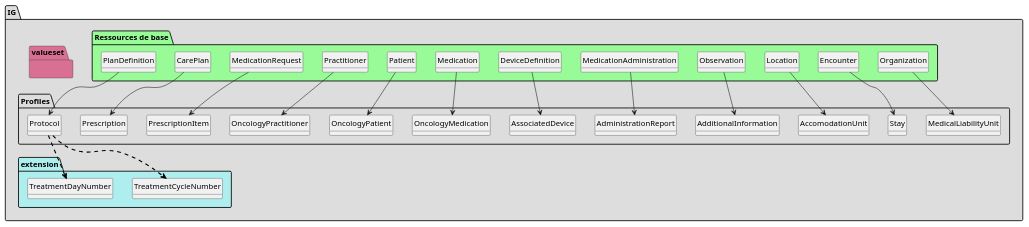
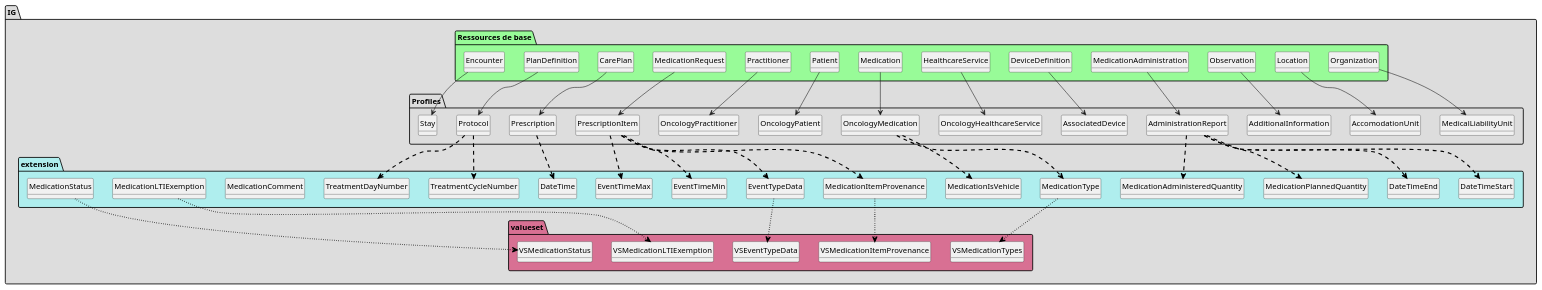
One commit to ONCOFAIR/FHIR-ImplementationGuide-Article changed the diagram in main/plantuml/graph.puml. Above: the diagram before and after it, drawn with PlantUML. The commit also changed 1027 other files, not shown here.

Commit message:
update profile and add extensions for medication item provenance and events b56dcce53f54dbd3e89fcd2aff1dadf3ca8fd7f1

```diff
--- a/main/plantuml/graph.puml
+++ b/main/plantuml/graph.puml
@@ -10,16 +10,6 @@
         class MedicalLiabilityUnit{
 
              Organization.name => [1..None]
-        } 
-
-        class Stay{
-
-             Encounter.identifier => [1..None]
-             Encounter.identifier.value => [1..None]
-             Encounter.status => [None..None]
-             Encounter.subject => [1..None]
-             Encounter.location => [1..None]
-             Encounter.location.location => [None..None]
         } 
 
         class AccomodationUnit{
@@ -41,13 +31,20 @@
 
         class AdministrationReport{
 
+             MedicationAdministration.extension => [1..None]
+             MedicationAdministration.extension:dateTimePlannedStart => <&plus>[1..1]
+             MedicationAdministration.extension:dateTimePlannedEnd => <&plus>[0..1]
+             MedicationAdministration.extension:medicationPlannedQuantity => <&plus>[0..1]
+             MedicationAdministration.extension:medicationAdministeredQuantity => <&plus>[0..1]
              MedicationAdministration.identifier.value => [None..None]
              MedicationAdministration.basedOn => [1..1]
              MedicationAdministration.medication => [None..None]
              MedicationAdministration.subject => [None..None]
              MedicationAdministration.encounter => [1..None]
              MedicationAdministration.occurence[x] => [None..None]
-             MedicationAdministration.occurence[x]:occurencePeriod => [1..1]
+             MedicationAdministration.occurence[x]:occurencePeriod => [0..1]
+             MedicationAdministration.occurence[x]:occurencePeriod.start => [1..None]
+             MedicationAdministration.occurence[x]:occurencePeriod.end => [None..None]
              MedicationAdministration.performer => [1..None]
              MedicationAdministration.performer.actor => [None..None]
              MedicationAdministration.request => [1..None]
@@ -63,8 +60,16 @@
              DeviceDefinition.deviceName => [1..1]
         } 
 
+        class OncologyHealthcareService{
+
+             HealthcareService.name => [1..None]
+        } 
+
         class OncologyMedication{
 
+             Medication.extension => [None..None]
+             Medication.extension:medicationType => <&plus>[0..1]
+             Medication.extension:medicationIsVehicle => <&plus>[0..1]
              Medication.identifier => [1..None]
              Medication.identifier.value => [1..None]
              Medication.code => [1..None]
@@ -95,6 +100,11 @@
 
         class PrescriptionItem{
 
+             MedicationRequest.extension => [None..None]
+             MedicationRequest.extension:medicationItemProvenance => <&plus>[0..1]
+             MedicationRequest.extension:eventTypeData => <&plus>[0..1]
+             MedicationRequest.extension:eventTimeMin => <&plus>[0..1]
+             MedicationRequest.extension:eventTimeMax => <&plus>[0..1]
              MedicationRequest.identifier => [1..None]
              MedicationRequest.identifier.value => [1..None]
              MedicationRequest.basedOn => [None..None]
@@ -104,7 +114,6 @@
              MedicationRequest.category.coding => [1..1]
              MedicationRequest.medication => [None..None]
              MedicationRequest.subject => [None..None]
-             MedicationRequest.supportingInformation => [None..None]
              MedicationRequest.requester => [None..None]
              MedicationRequest.device => [None..None]
              MedicationRequest.note => [None..None]
@@ -132,20 +141,19 @@
              MedicationRequest.dosageInstruction.doseAndRate.rate[x]:rateRatio.numerator.value => [None..None]
              MedicationRequest.dosageInstruction.doseAndRate.rate[x]:rateRatio.numerator.unit => [None..None]
              MedicationRequest.dosageInstruction.doseAndRate.rate[x]:rateRatio.denominator.value => [None..None]
-             MedicationRequest.dispenseRequest.initialFill.quantity.value => [1..None]
         } 
 
         class Prescription{
 
+             CarePlan.extension => [1..None]
+             CarePlan.extension:dateTimePrescription => <&plus>[1..1]
              CarePlan.identifier => [None..None]
              CarePlan.instantiatesCanonical => [1..1]
-             CarePlan.category => [1..1]
              CarePlan.subject => [None..None]
              CarePlan.encounter => [1..None]
              CarePlan.period => [1..None]
              CarePlan.period.start => [1..None]
              CarePlan.period.end => [1..None]
-             CarePlan.created => [1..None]
              CarePlan.supportingInfo => [1..None]
              CarePlan.activity => [1..None]
              CarePlan.activity.plannedActivityReference => [1..None]
@@ -160,15 +168,124 @@
              PlanDefinition.identifier.value => [1..None]
              PlanDefinition.name => [1..None]
              PlanDefinition.title => [1..None]
-             PlanDefinition.date => [1..None]
+             PlanDefinition.effectivePeriod.start => [1..None]
+        } 
+
+        class Stay{
+
+             Encounter.identifier => [1..None]
+             Encounter.identifier.value => [1..None]
+             Encounter.status => [None..None]
+             Encounter.serviceType => [1..None]
+             Encounter.subject => [1..None]
          }
 
      }
      package extension #paleturquoise {
 
+     AdministrationReport -[#black,dashed,thickness=2]-> DateTimeStart
+     AdministrationReport -[#black,dashed,thickness=2]-> DateTimeEnd
+     AdministrationReport -[#black,dashed,thickness=2]-> MedicationPlannedQuantity
+     AdministrationReport -[#black,dashed,thickness=2]-> MedicationAdministeredQuantity
+     OncologyMedication -[#black,dashed,thickness=2]-> MedicationType
+     OncologyMedication -[#black,dashed,thickness=2]-> MedicationIsVehicle
+     PrescriptionItem -[#black,dashed,thickness=2]-> MedicationItemProvenance
+     PrescriptionItem -[#black,dashed,thickness=2]-> EventTypeData
+     PrescriptionItem -[#black,dashed,thickness=2]-> EventTimeMin
+     PrescriptionItem -[#black,dashed,thickness=2]-> EventTimeMax
+     Prescription -[#black,dashed,thickness=2]-> DateTime
      Protocol -[#black,dashed,thickness=2]-> TreatmentCycleNumber
      Protocol -[#black,dashed,thickness=2]-> TreatmentDayNumber
 
+        class DateTimeEnd{
+
+          Extension.extension => [None..0]
+          Extension.url => [None..None]
+          Extension.value[x] => [1..None]
+          Extension.value[x]:valueDateTime => [1..1]
+        } 
+        class DateTimeStart{
+
+          Extension.extension => [None..0]
+          Extension.url => [None..None]
+          Extension.value[x] => [1..None]
+          Extension.value[x]:valueDateTime => [1..1]
+        } 
+        class DateTime{
+
+          Extension.extension => [None..0]
+          Extension.url => [None..None]
+          Extension.value[x] => [1..None]
+          Extension.value[x]:valueDateTime => [1..1]
+        } 
+        class EventTimeMax{
+
+          Extension.extension => [None..0]
+          Extension.url => [None..None]
+          Extension.value[x] => [1..None]
+          Extension.value[x]:valueTime => [1..1]
+        } 
+        class EventTimeMin{
+
+          Extension.extension => [None..0]
+          Extension.url => [None..None]
+          Extension.value[x] => [1..None]
+          Extension.value[x]:valueTime => [1..1]
+        } 
+        class EventTypeData{
+
+          Extension.extension => [None..0]
+          Extension.url => [None..None]
+          Extension.value[x] => [None..None]
+        } 
+        class MedicationPlannedQuantity{
+
+          Extension.extension => [None..0]
+          Extension.url => [None..None]
+          Extension.value[x] => [None..None]
+        } 
+        class MedicationAdministeredQuantity{
+
+          Extension.extension => [None..0]
+          Extension.url => [None..None]
+          Extension.value[x] => [None..None]
+        } 
+        class MedicationComment{
+
+          Extension.extension => [None..0]
+          Extension.url => [None..None]
+          Extension.value[x] => [None..None]
+        } 
+        class MedicationIsVehicle{
+
+          Extension.extension => [None..0]
+          Extension.url => [None..None]
+          Extension.value[x] => [None..None]
+        } 
+        class MedicationItemProvenance{
+
+          Extension.extension => [None..0]
+          Extension.url => [None..None]
+          Extension.value[x] => [None..None]
+        } 
+        class MedicationLTIExemption{
+
+          Extension.extension => [None..0]
+          Extension.url => [None..None]
+          Extension.value[x] => [None..None]
+        } 
+        class MedicationStatus{
+
+          Extension.extension => [None..0]
+          Extension.url => [None..None]
+          Extension.value[x] => [None..None]
+        } 
+        class MedicationType{
+
+          Extension.extension => [None..0]
+          Extension.url => [None..None]
+          Extension.value[x] => [None..None]
+        } 
         class TreatmentCycleNumber{
 
           Extension.extension => [None..0]
@@ -185,6 +302,26 @@
          }
      }
      package valueset #PaleVioletRed{
+
+        class VSEventTypeData  
+
+     EventTypeData -[#black,dotted,thickness=2]-> VSEventTypeData
+
+        class VSMedicationItemProvenance  
+
+     MedicationItemProvenance -[#black,dotted,thickness=2]-> VSMedicationItemProvenance
+
+        class VSMedicationLTIExemption  
+
+     MedicationLTIExemption -[#black,dotted,thickness=2]-> VSMedicationLTIExemption
+
+        class VSMedicationStatus  
+
+     MedicationStatus -[#black,dotted,thickness=2]-> VSMedicationStatus
+
+        class VSMedicationTypes  
+
+     MedicationType -[#black,dotted,thickness=2]-> VSMedicationTypes
        }
 
 package "Ressources de base" #palegreen {
@@ -192,10 +329,6 @@
  class "Organization" as  classd6b258792ff06f82933c74eeb8aef591 
 
     classd6b258792ff06f82933c74eeb8aef591 --> MedicalLiabilityUnit
-
- class "Encounter" as  classd1e9f9f891de8f9a655739a01fbf68f0 
-
-    classd1e9f9f891de8f9a655739a01fbf68f0 --> Stay
 
  class "Location" as  classce5bf551379459c1c61d2a204061c455 
 
@@ -212,6 +345,10 @@
  class "DeviceDefinition" as  classa6797321593ef085d950f590f4014cfa 
 
     classa6797321593ef085d950f590f4014cfa --> AssociatedDevice
+
+ class "HealthcareService" as  classccfbac0a7f2dd501f3a20274066b28a3 
+
+    classccfbac0a7f2dd501f3a20274066b28a3 --> OncologyHealthcareService
 
  class "Medication" as  class353bd6f65060d17097c3b03141e79cce 
 
@@ -236,5 +373,9 @@
  class "PlanDefinition" as  class0375201638a0df09e5ecd3c0b36df917 
 
     class0375201638a0df09e5ecd3c0b36df917 --> Protocol
+
+ class "Encounter" as  classd1e9f9f891de8f9a655739a01fbf68f0 
+
+    classd1e9f9f891de8f9a655739a01fbf68f0 --> Stay
 }
 @enduml
```
